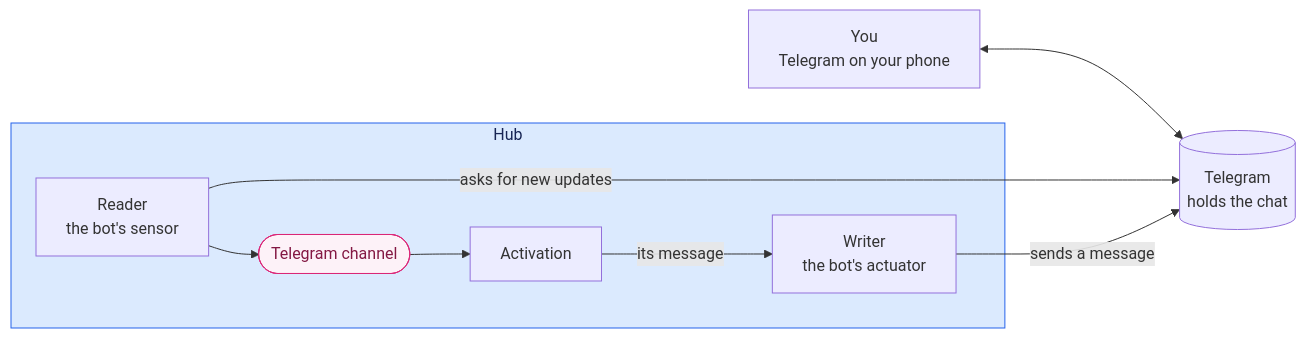
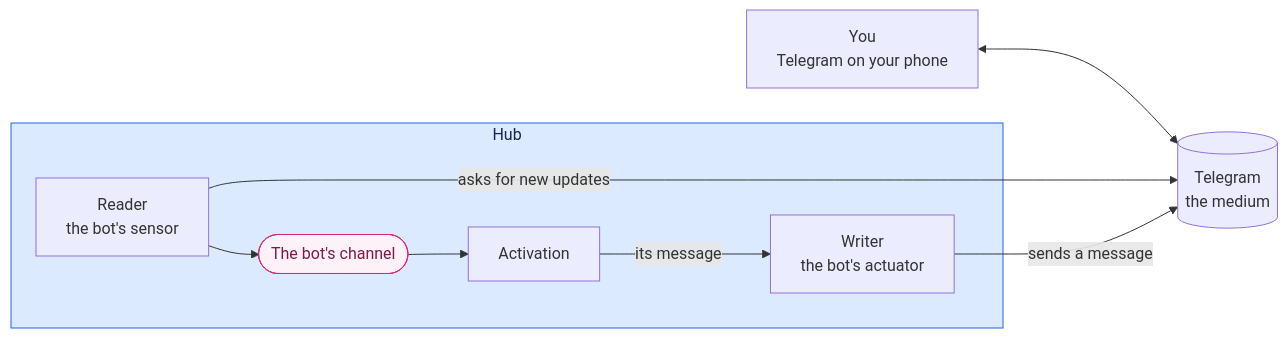
One commit to leonapivato/ai-assistant changed the diagram in docs/proposals/telegram-line.md. Above: the diagram before and after it, drawn with Mermaid. The commit also changed other lines of this file, not shown here.

First line of the commit message:
docs(proposals): fold the owner's walk-through rulings into the Telegram line

````diff
--- a/docs/proposals/telegram-line.md
+++ b/docs/proposals/telegram-line.md
@@ -76,13 +88,13 @@
 ```mermaid
 flowchart LR
-    Y["You<br/>Telegram on your phone"] <--> T[("Telegram<br/>holds the chat")]
+    Y["You<br/>Telegram on your phone"] <--> T[("Telegram<br/>the medium")]
     subgraph H["Hub"]
-        R["Reader<br/>the bot's sensor"] --> CH(["Telegram channel"])
+        R["Reader<br/>the bot's sensor"] --> CH(["The bot's channel"])
         CH --> A["Activation"]
         A -->|"its message"| W["Writer<br/>the bot's actuator"]
     end
     R -->|"asks for new updates"| T
     W -->|"sends a message"| T
     style H fill:#dbeafe,stroke:#2563eb,color:#172554
     style CH fill:#fdf2f8,stroke:#db2777,color:#831843
 ```
````
